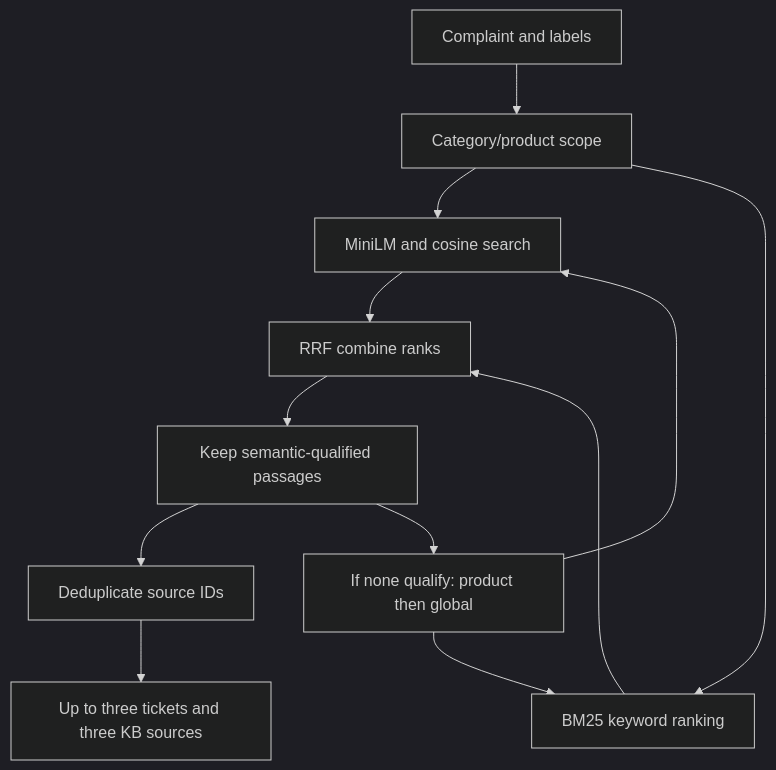
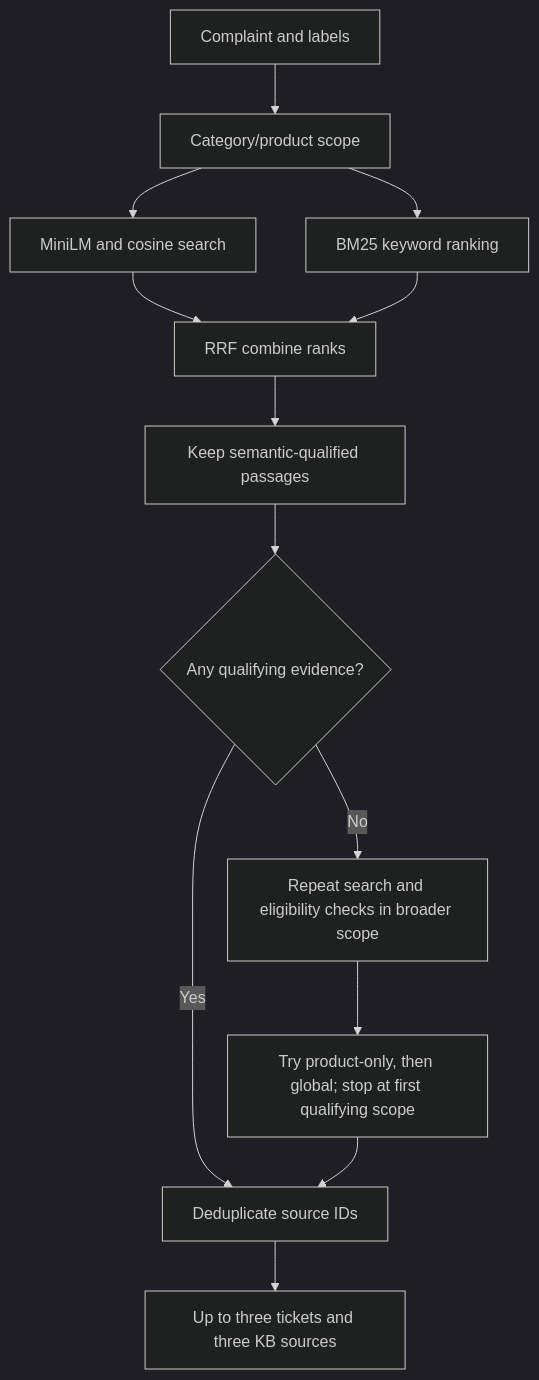
The fifth of 15 diagrams in README.md (ananya-0607/telecom-support-assistant), drawn with Mermaid (dark theme) before and after one commit. The commit also changed other lines of this file, not shown here.

Commit message:
Add portable demo database and simplify architecture diagrams

````diff
--- a/README.md
+++ b/README.md
@@ -144,14 +149,15 @@
 ```mermaid
-flowchart TD
+flowchart TB
     C[Complaint and labels] --> S[Category/product scope]
     S --> V[MiniLM and cosine search]
     S --> K[BM25 keyword ranking]
     V --> R[RRF combine ranks]
     K --> R
     R --> G[Keep semantic-qualified passages]
-    G --> D[Deduplicate source IDs]
+    G --> CHECK{Any qualifying evidence?}
+    CHECK -->|Yes| D[Deduplicate source IDs]
+    CHECK -->|No| F[Repeat search and eligibility checks in broader scope]
+    F --> FALLBACK[Try product-only, then global; stop at first qualifying scope]
+    FALLBACK --> D
     D --> O[Up to three tickets and three KB sources]
-    G --> F[If none qualify: product then global]
-    F --> V
-    F --> K
 ```
````
